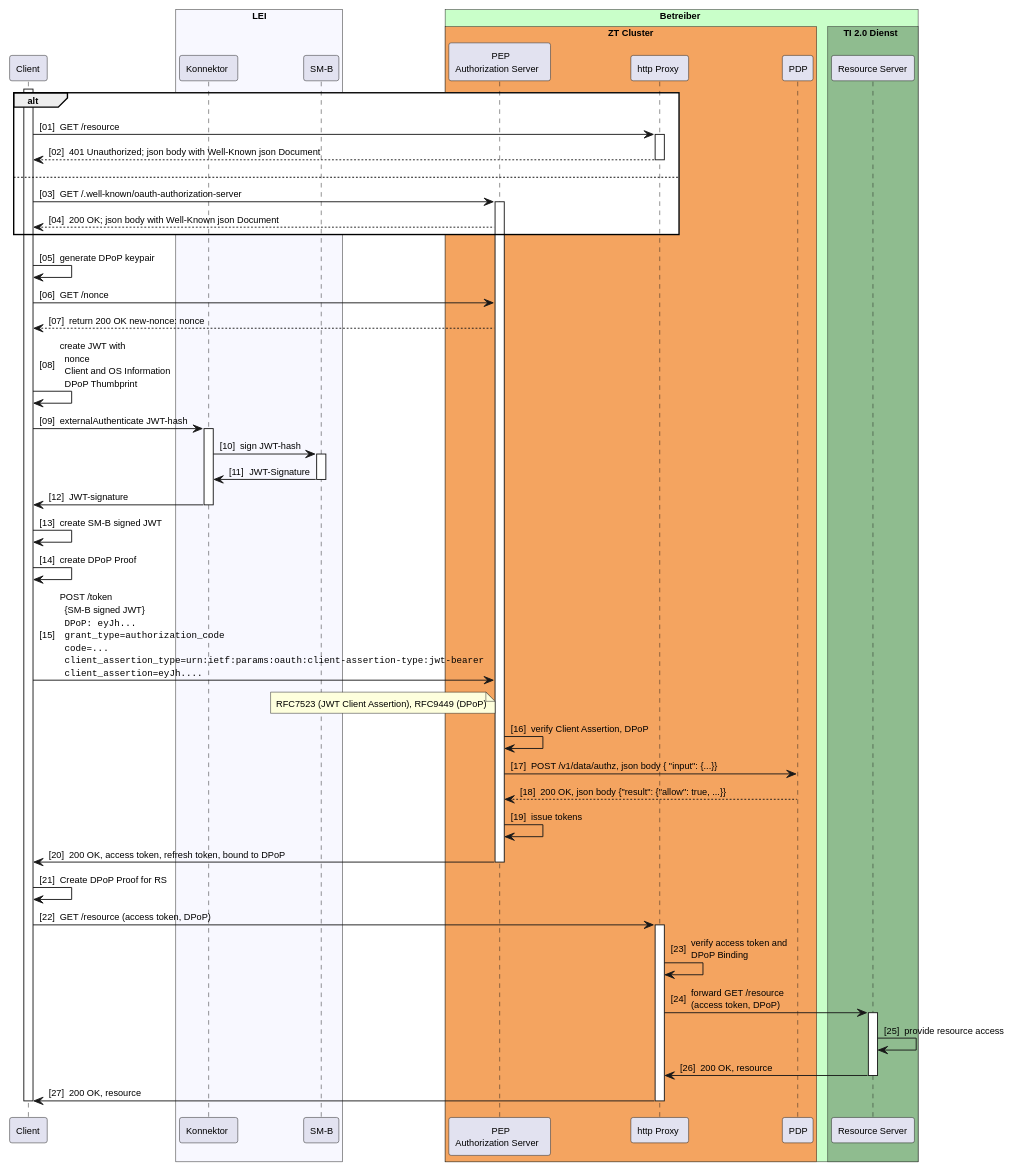
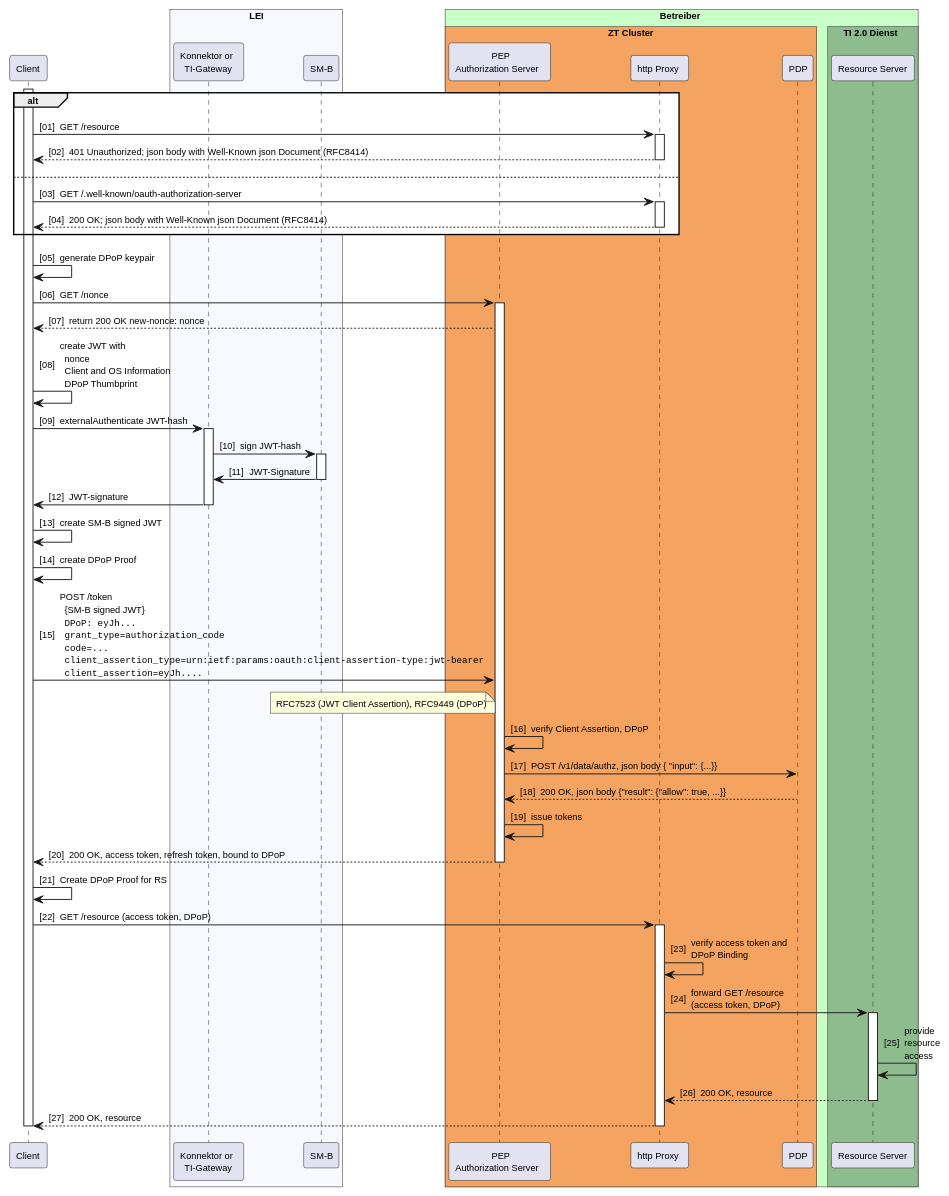
The diagram in src/plantuml/sm-b-auth.puml (gematik/spec-t20r), drawn with PlantUML before and after one commit.

```diff
--- a/src/plantuml/sm-b-auth.puml
+++ b/src/plantuml/sm-b-auth.puml
@@ -1,87 +1,91 @@
 @startuml "SM-B_Auth_with_DPoP"
 autonumber "[00]"
 skinparam defaultFontSize 10
 skinparam defaultFontName Helvetica
 skinparam DefaultMonospacedFontName Courier
 skinparam lengthAdjust none
 
 !pragma teoz true
 
 participant Client
 box "LEI" #GhostWhite
-    participant Konnektor
+    participant Konnektor as "Konnektor or\nTI-Gateway"
     participant SMB as "SM-B"
 end box
 
 box "Betreiber" #TECHNOLOGY
     box "ZT Cluster" #SandyBrown
         participant AuthS as "PEP\nAuthorization Server" 
         participant HP as "http Proxy"
         participant PDP as "PDP"
     endbox
     box TI 2.0 Dienst #DarkSeaGreen
         participant RS as "Resource Server"
     endbox
 end box
 
 activate Client
 alt #White
     Client -> HP: GET /resource
     activate HP
-    HP --> Client: 401 Unauthorized; json body with Well-Known json Document
+    HP --> Client: 401 Unauthorized; json body with Well-Known json Document (RFC8414)
     deactivate HP
 else 
-    Client -> AuthS: GET /.well-known/oauth-authorization-server 
-    activate AuthS
-    AuthS --> Client: 200 OK; json body with Well-Known json Document
+    Client -> HP: GET /.well-known/oauth-authorization-server 
+    activate HP
+    HP --> Client: 200 OK; json body with Well-Known json Document (RFC8414)
+    deactivate HP
 end
 
 Client -> Client: generate DPoP keypair
 Client -> AuthS: GET /nonce
+activate AuthS
 AuthS --> Client: return 200 OK new-nonce: nonce
 Client -> Client: create JWT with\n  nonce\n  Client and OS Information\n  DPoP Thumbprint
 Client -> Konnektor: externalAuthenticate JWT-hash
 activate Konnektor
 Konnektor -> SMB: sign JWT-hash
 activate SMB
 SMB -> Konnektor: JWT-Signature
 deactivate SMB
 Konnektor -> Client: JWT-signature
 deactivate Konnektor
 
 Client -> Client: create SM-B signed JWT
 Client -> Client: create DPoP Proof
 Client -> AuthS: POST /token\n\
   {SM-B signed JWT}\n\
   ""DPoP: eyJh...""\n\
   ""grant_type=authorization_code""\n\
   ""code=...""\n\
   ""client_assertion_type=urn:ietf:params:oauth:client-assertion-type:jwt-bearer""\n\
   ""client_assertion=eyJh....""
 note left of AuthS
   RFC7523 (JWT Client Assertion), RFC9449 (DPoP)
 end note
 
 AuthS -> AuthS: verify Client Assertion, DPoP
 AuthS -> PDP: POST /v1/data/authz, json body {  "input": {...}} 
 PDP --> AuthS: 200 OK, json body {"result": {"allow": true, ...}}
 AuthS -> AuthS: issue tokens
-AuthS -> Client: 200 OK, access token, refresh token, bound to DPoP
+AuthS --> Client: 200 OK, access token, refresh token, bound to DPoP
 deactivate AuthS
 Client -> Client: Create DPoP Proof for RS
 
 Client -> HP: GET /resource (access token, DPoP)
 activate HP
 HP -> HP: verify access token and\nDPoP Binding
 HP -> RS: forward GET /resource\n\
 (access token, DPoP)
 activate RS
-RS -> RS: provide resource access
-RS -> HP: 200 OK, resource
+RS -> RS: provide\n\
+resource\n\
+access
+RS --> HP: 200 OK, resource
 deactivate RS
-HP -> Client: 200 OK, resource
+HP --> Client: 200 OK, resource
 deactivate HP
 deactivate RS
 deactivate Client
 
 @enduml
```
